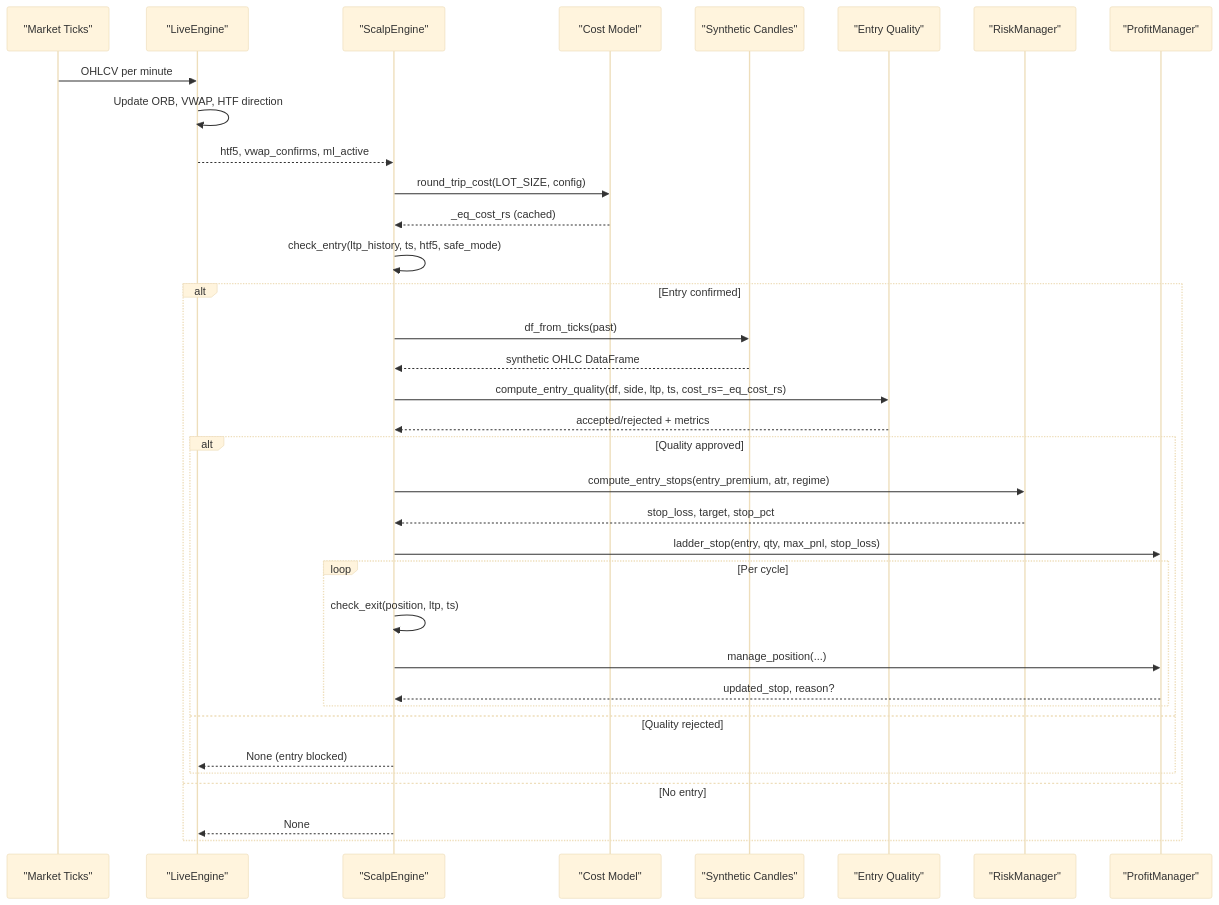
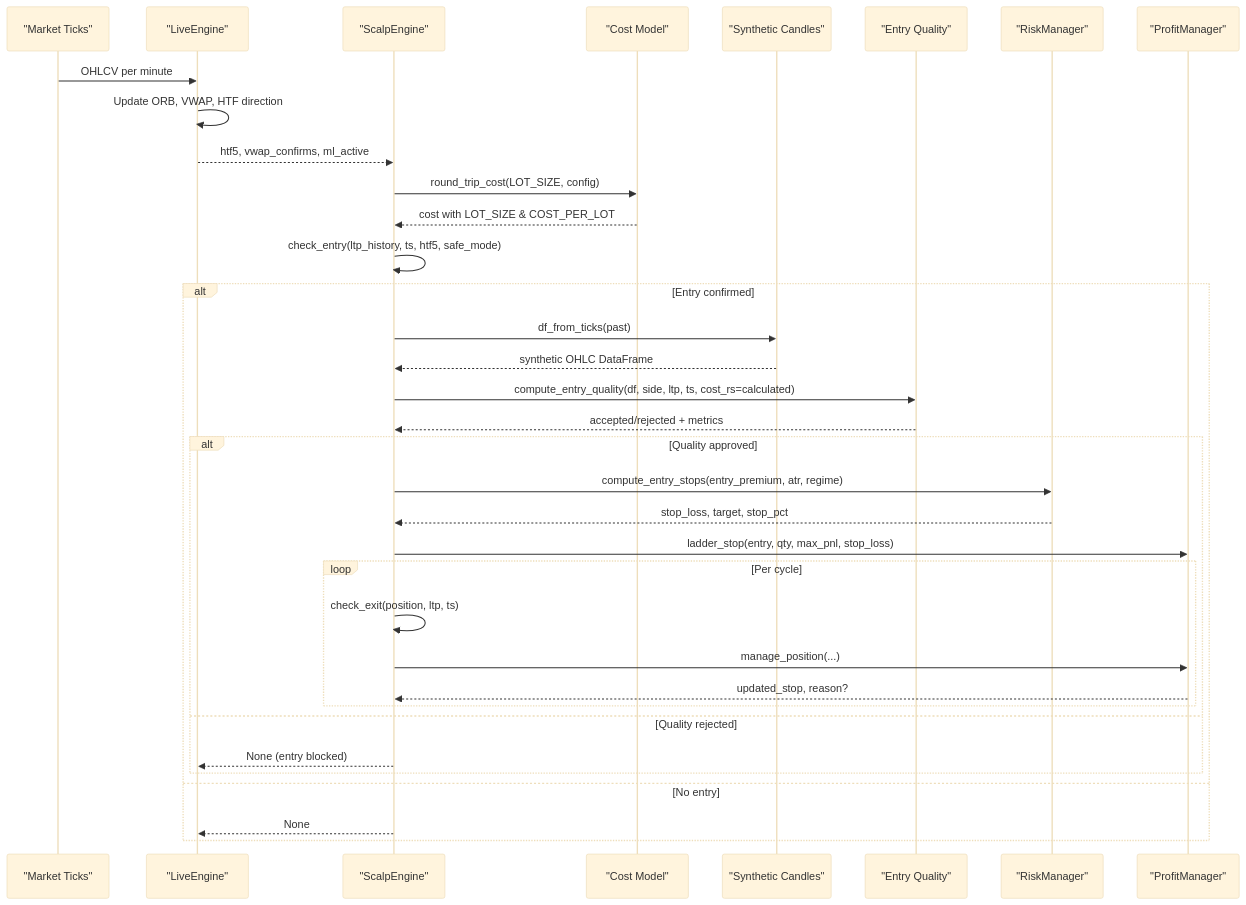
One commit to tauqeersiddiqui-art/tradingsystem changed the second of 11 diagrams in .qoder/repowiki/en/content/Core Trading Engine/Scalping Strategy Engine.md. Above: the diagram before and after it, drawn with Mermaid (base theme). The commit also changed other lines of this file and 63 other files, not shown here.

````diff
--- a/.qoder/repowiki/en/content/Core Trading Engine/Scalping Strategy Engine.md
+++ b/.qoder/repowiki/en/content/Core Trading Engine/Scalping Strategy Engine.md
@@ -112,37 +112,37 @@
 ```mermaid
 sequenceDiagram
 participant Tick as "Market Ticks"
 participant LE as "LiveEngine"
 participant SE as "ScalpEngine"
 participant CM as "Cost Model"
 participant SC as "Synthetic Candles"
 participant EQ as "Entry Quality"
 participant RM as "RiskManager"
 participant PM as "ProfitManager"
 Tick->>LE : OHLCV per minute
 LE->>LE : Update ORB, VWAP, HTF direction
 LE-->>SE : htf5, vwap_confirms, ml_active
 SE->>CM : round_trip_cost(LOT_SIZE, config)
-CM-->>SE : _eq_cost_rs (cached)
+CM-->>SE : cost with LOT_SIZE & COST_PER_LOT
 SE->>SE : check_entry(ltp_history, ts, htf5, safe_mode)
 alt Entry confirmed
 SE->>SC : df_from_ticks(past)
 SC-->>SE : synthetic OHLC DataFrame
-SE->>EQ : compute_entry_quality(df, side, ltp, ts, cost_rs=_eq_cost_rs)
+SE->>EQ : compute_entry_quality(df, side, ltp, ts, cost_rs=calculated)
 EQ-->>SE : accepted/rejected + metrics
 alt Quality approved
 SE->>RM : compute_entry_stops(entry_premium, atr, regime)
 RM-->>SE : stop_loss, target, stop_pct
 SE->>PM : ladder_stop(entry, qty, max_pnl, stop_loss)
 loop Per cycle
 SE->>SE : check_exit(position, ltp, ts)
 SE->>PM : manage_position(...)
 PM-->>SE : updated_stop, reason?
 end
 else Quality rejected
 SE-->>LE : None (entry blocked)
 end
 else No entry
 SE-->>LE : None
 end
 ```
````
